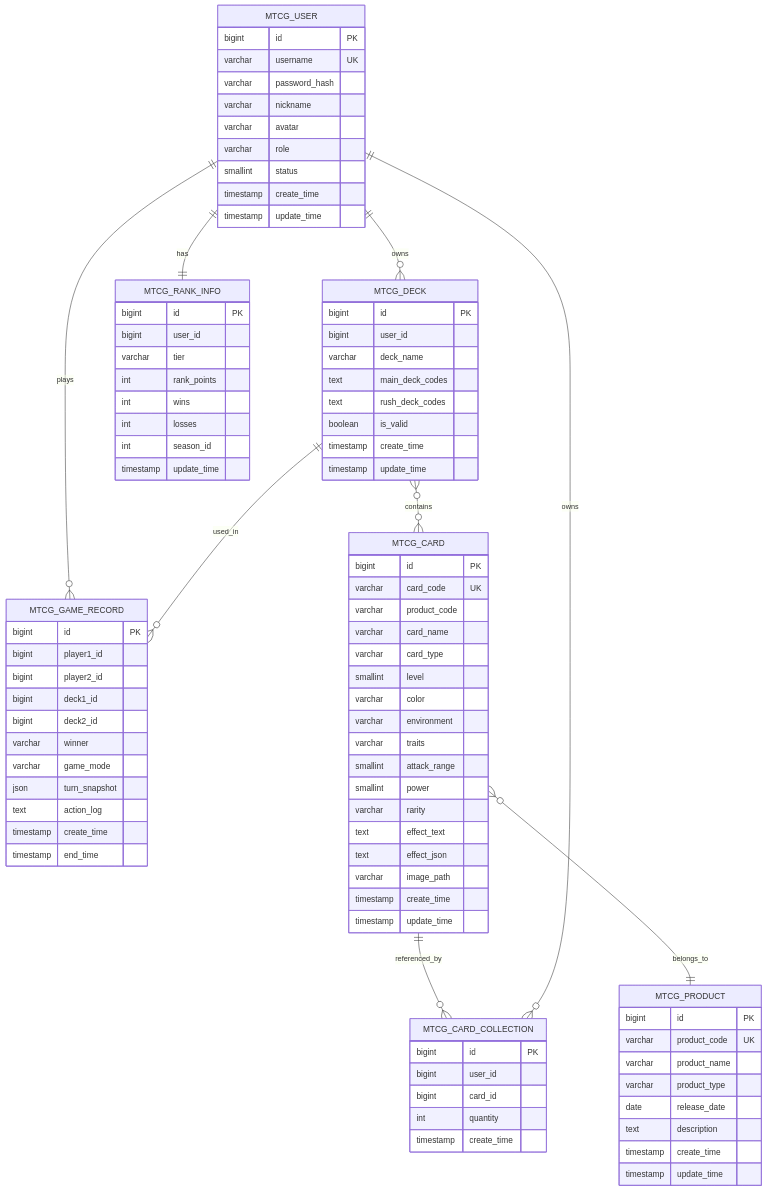
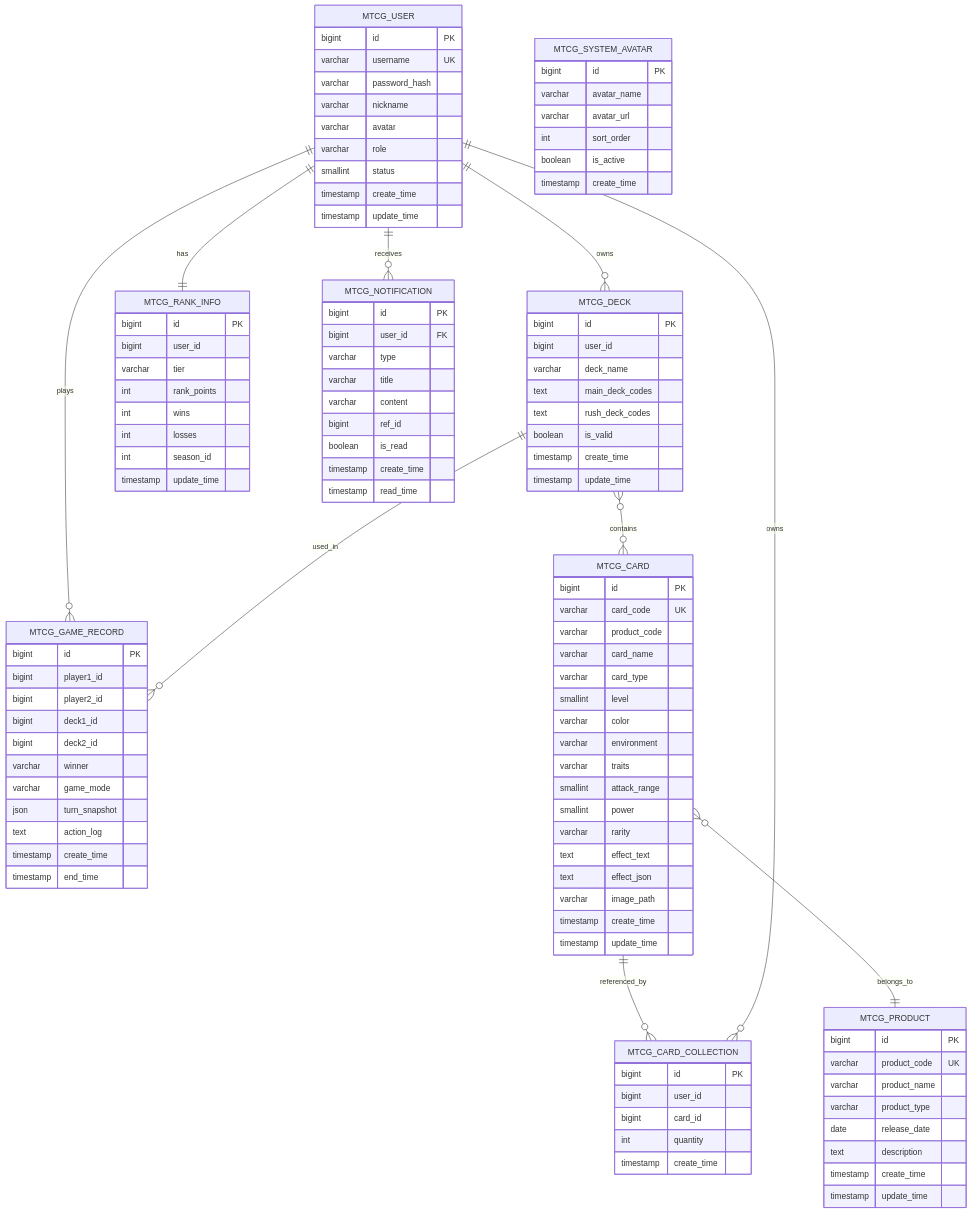
One commit to yuJunOk/mtcg changed the first of 3 diagrams in docs/设计文档/02-概要设计.md. Above: the diagram before and after it, drawn with Mermaid. The commit also changed other lines of this file and 2 other files, not shown here.

Commit message:
需求：新增头像系统（系统预设+自定义上传）和消息通知模块（FR5.8）；更新需求分析、概要设计、迭代二详细设计，新增 mtcg_system_avatar 和 mtcg_notification 两张表及 7 个 API

```diff
--- a/docs/设计文档/02-概要设计.md
+++ b/docs/设计文档/02-概要设计.md
@@ -147,6 +147,7 @@
     MTCG_USER ||--o{ MTCG_DECK : owns
     MTCG_USER ||--o{ MTCG_GAME_RECORD : plays
     MTCG_USER ||--|| MTCG_RANK_INFO : has
+    MTCG_USER ||--o{ MTCG_NOTIFICATION : receives
     MTCG_DECK }o--o{ MTCG_CARD : contains
     MTCG_DECK ||--o{ MTCG_GAME_RECORD : used_in
     MTCG_CARD ||--o{ MTCG_CARD_COLLECTION : referenced_by
@@ -163,6 +164,27 @@
         smallint status
         timestamp create_time
         timestamp update_time
+    }
+
+    MTCG_SYSTEM_AVATAR {
+        bigint id PK
+        varchar avatar_name
+        varchar avatar_url
+        int sort_order
+        boolean is_active
+        timestamp create_time
+    }
+
+    MTCG_NOTIFICATION {
+        bigint id PK
+        bigint user_id FK
+        varchar type
+        varchar title
+        varchar content
+        bigint ref_id
+        boolean is_read
+        timestamp create_time
+        timestamp read_time
     }
 
     MTCG_CARD {
```
